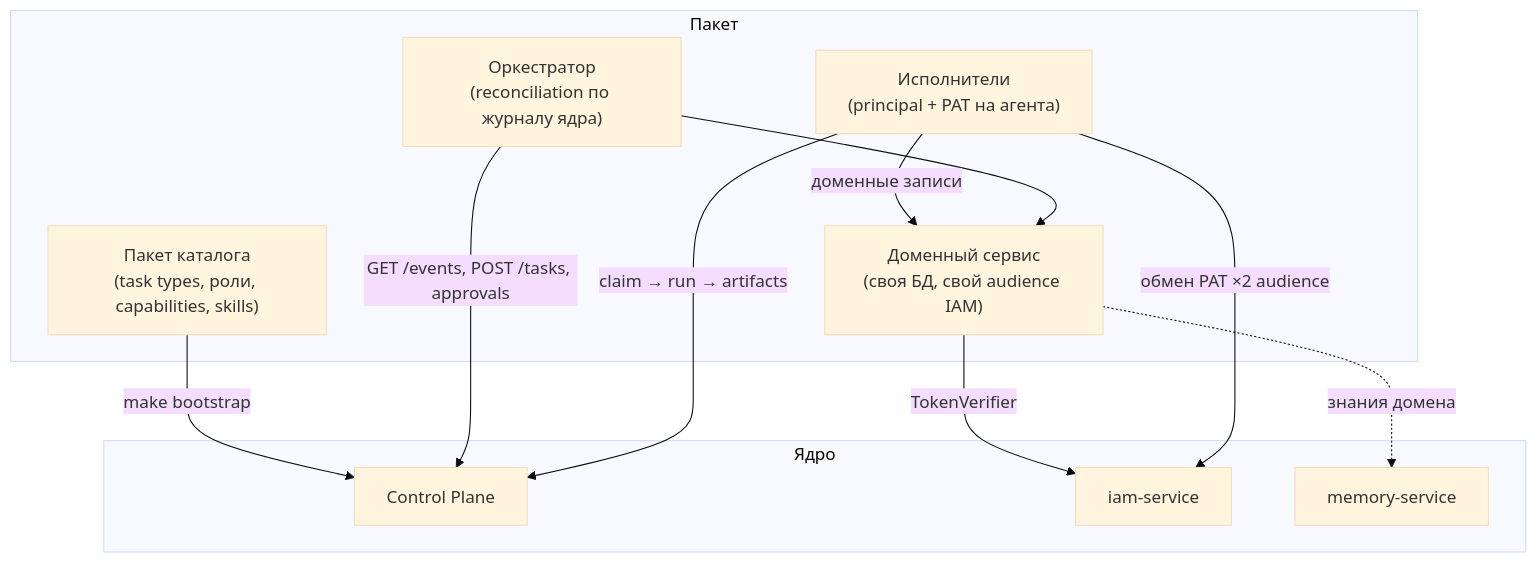
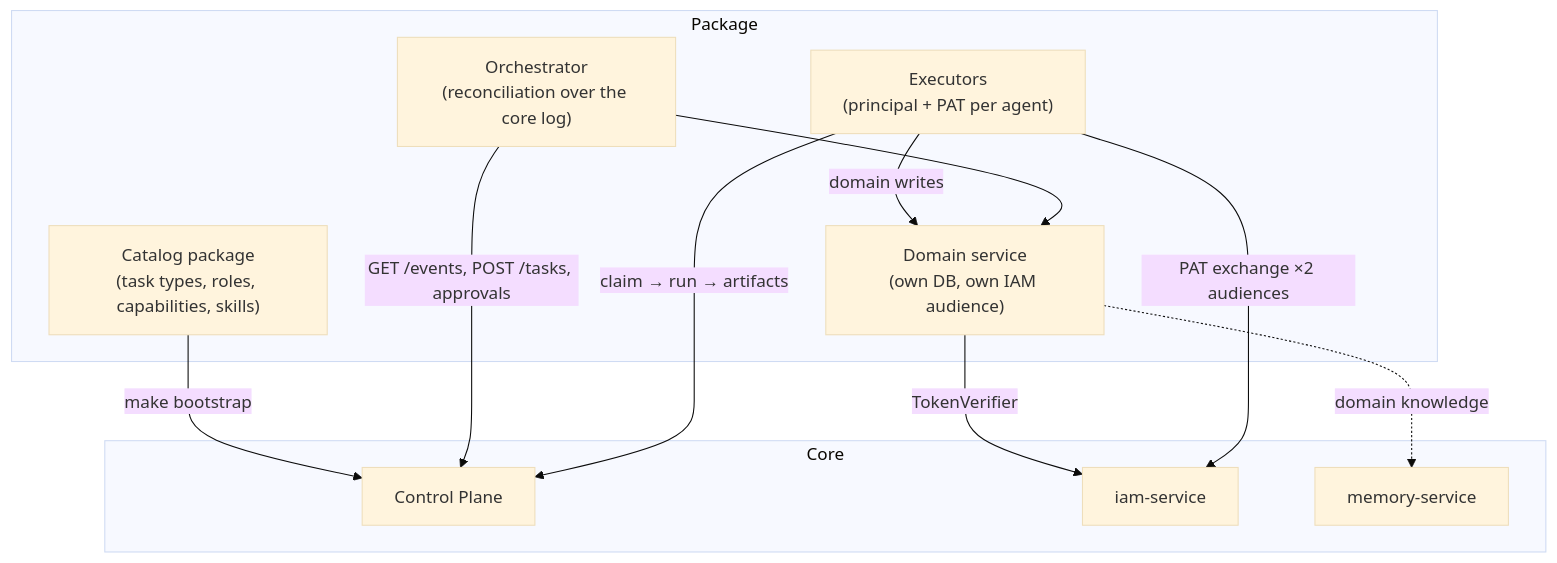
Before and after one commit to monthu56/taimen: the first of 2 diagrams in guide/docs/sdk/vertical-packages.md, drawn with Mermaid (base theme). The commit also changed other lines of this file and 183 other files, not shown here.

````diff
--- a/guide/docs/sdk/vertical-packages.md
+++ b/guide/docs/sdk/vertical-packages.md
@@ -31,22 +30,22 @@
 ```mermaid
 flowchart TB
-    subgraph Пакет
-      API["Доменный сервис<br/>(своя БД, свой audience IAM)"]
-      ORC["Оркестратор<br/>(reconciliation по журналу ядра)"]
-      RUN["Исполнители<br/>(principal + PAT на агента)"]
-      CAT["Пакет каталога<br/>(task types, роли, capabilities, skills)"]
+    subgraph Package
+      API["Domain service<br/>(own DB, own IAM audience)"]
+      ORC["Orchestrator<br/>(reconciliation over the core log)"]
+      RUN["Executors<br/>(principal + PAT per agent)"]
+      CAT["Catalog package<br/>(task types, roles, capabilities, skills)"]
     end
-    subgraph Ядро
+    subgraph Core
       CP[Control Plane]
       IAM[iam-service]
       MEM[memory-service]
     end
     CAT -->|make bootstrap| CP
     ORC -->|"GET /events, POST /tasks, approvals"| CP
     RUN -->|"claim → run → artifacts"| CP
-    RUN -->|"доменные записи"| API
+    RUN -->|"domain writes"| API
     ORC --> API
     API -->|TokenVerifier| IAM
-    RUN -->|"обмен PAT ×2 audience"| IAM
-    API -.->|"знания домена"| MEM
+    RUN -->|"PAT exchange ×2 audiences"| IAM
+    API -.->|"domain knowledge"| MEM
 ```
````
